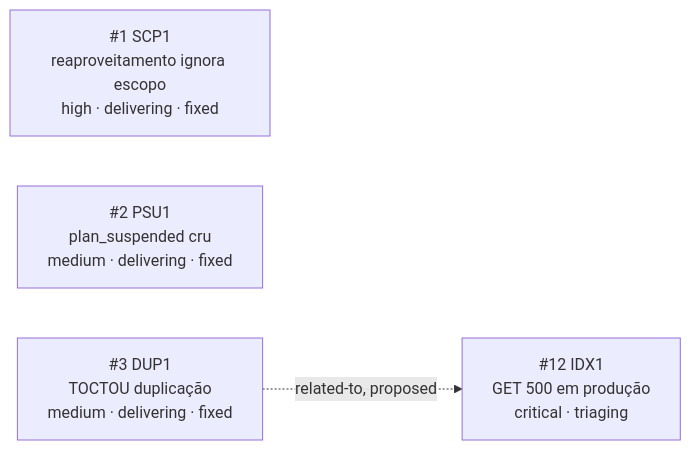
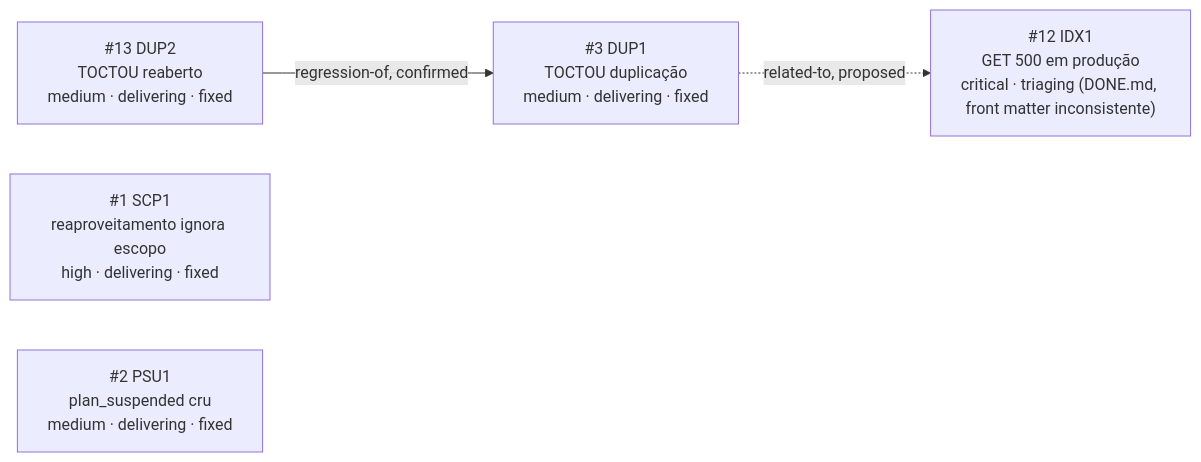
One commit to antoniojunnior/portal-sigilo changed the diagram in _reversa_bugs/relatorios/generated/graph.md. Above: the diagram before and after it, drawn with Mermaid. The commit also changed other lines of this file and 36 other files, not shown here.

````diff
--- a/_reversa_bugs/relatorios/generated/graph.md
+++ b/_reversa_bugs/relatorios/generated/graph.md
@@ -5,8 +5,10 @@
 ```mermaid
 graph LR
-    IDX1["#12 IDX1<br/>GET 500 em produção<br/>critical · triaging"]
+    IDX1["#12 IDX1<br/>GET 500 em produção<br/>critical · triaging (DONE.md, front matter inconsistente)"]
+    DUP2["#13 DUP2<br/>TOCTOU reaberto<br/>medium · delivering · fixed"]
     SCP1["#1 SCP1<br/>reaproveitamento ignora escopo<br/>high · delivering · fixed"]
     PSU1["#2 PSU1<br/>plan_suspended cru<br/>medium · delivering · fixed"]
     DUP1["#3 DUP1<br/>TOCTOU duplicação<br/>medium · delivering · fixed"]
     DUP1 -.->|related-to, proposed| IDX1
+    DUP2 -->|regression-of, confirmed| DUP1
 ```
````
